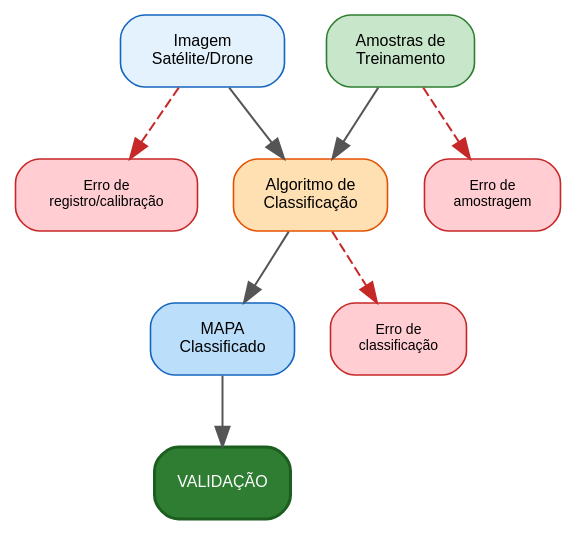
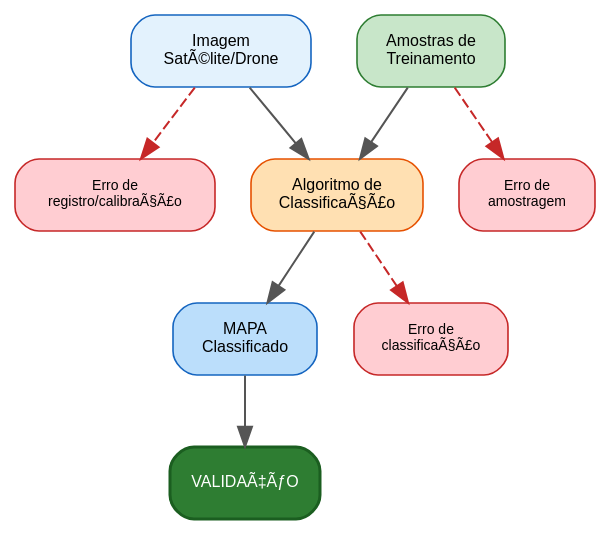
One commit to ldvsantos/cv changed the first of 2 diagrams in aulas/analise_paisagem/aulas/validacao_modelos_paisagem/validacao_modelos_paisagem.qmd. Above: the diagram before and after it, drawn with Graphviz. The commit also changed other lines of this file and 466 other files, not shown here.

````diff
--- a/aulas/analise_paisagem/aulas/validacao_modelos_paisagem/validacao_modelos_paisagem.qmd
+++ b/aulas/analise_paisagem/aulas/validacao_modelos_paisagem/validacao_modelos_paisagem.qmd
@@ -70,29 +68,29 @@
 ```{dot}
-//| fig-cap: "Fontes de erro na classificação de uso e cobertura."
+//| fig-cap: "Fontes de erro na classificaÃ§Ã£o de uso e cobertura."
 //| fig-width: 5
 digraph {
     rankdir=TB
     bgcolor="transparent"
     node [shape=box, style="rounded,filled", fontname="Helvetica", fontsize=8, margin="0.15,0.08", penwidth=0.8]
     edge [color="#555555", penwidth=1.0]
 
-    I [label="Imagem\nSatélite/Drone", fillcolor="#E3F2FD", color="#1565C0"]
+    I [label="Imagem\nSatÃ©lite/Drone", fillcolor="#E3F2FD", color="#1565C0"]
     T [label="Amostras de\nTreinamento", fillcolor="#C8E6C9", color="#2E7D32"]
-    A [label="Algoritmo de\nClassificação", fillcolor="#FFE0B2", color="#E65100"]
+    A [label="Algoritmo de\nClassificaÃ§Ã£o", fillcolor="#FFE0B2", color="#E65100"]
     M [label="MAPA\nClassificado", fillcolor="#BBDEFB", color="#1565C0"]
-    V [label="VALIDAÇÃO", fillcolor="#2E7D32", fontcolor="white", color="#1B5E20", penwidth=1.5]
+    V [label="VALIDAÃ‡ÃƒO", fillcolor="#2E7D32", fontcolor="white", color="#1B5E20", penwidth=1.5]
 
-    E1 [label="Erro de\nregistro/calibração", fillcolor="#FFCDD2", color="#C62828", fontsize=7]
+    E1 [label="Erro de\nregistro/calibraÃ§Ã£o", fillcolor="#FFCDD2", color="#C62828", fontsize=7]
     E2 [label="Erro de\namostragem", fillcolor="#FFCDD2", color="#C62828", fontsize=7]
-    E3 [label="Erro de\nclassificação", fillcolor="#FFCDD2", color="#C62828", fontsize=7]
+    E3 [label="Erro de\nclassificaÃ§Ã£o", fillcolor="#FFCDD2", color="#C62828", fontsize=7]
 
     I -> A
     T -> A
     A -> M
     M -> V
 
     I -> E1 [style=dashed, color="#C62828"]
     T -> E2 [style=dashed, color="#C62828"]
     A -> E3 [style=dashed, color="#C62828"]
 }
 ```
````
